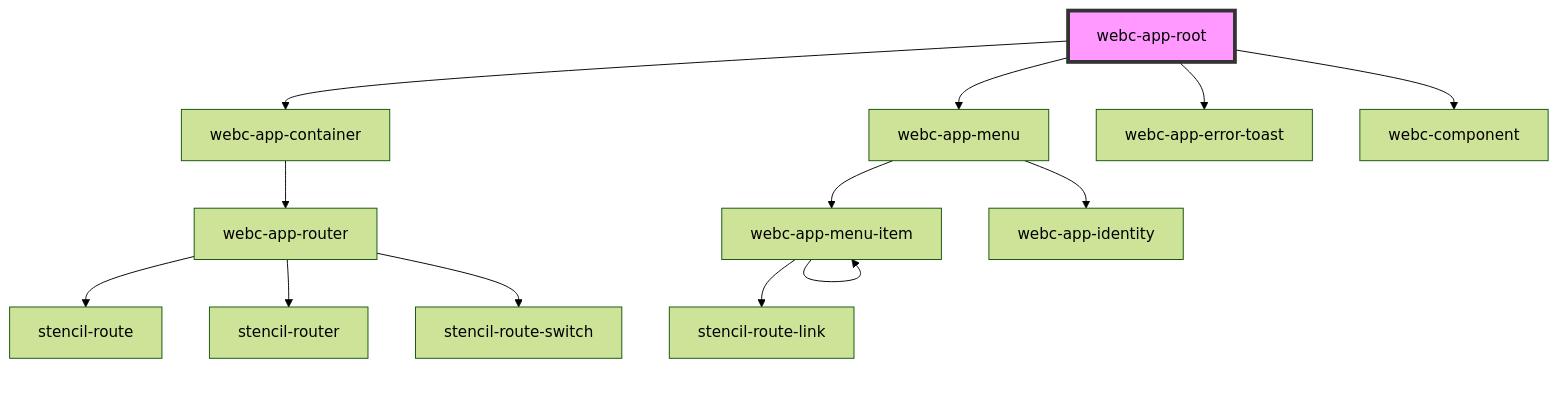
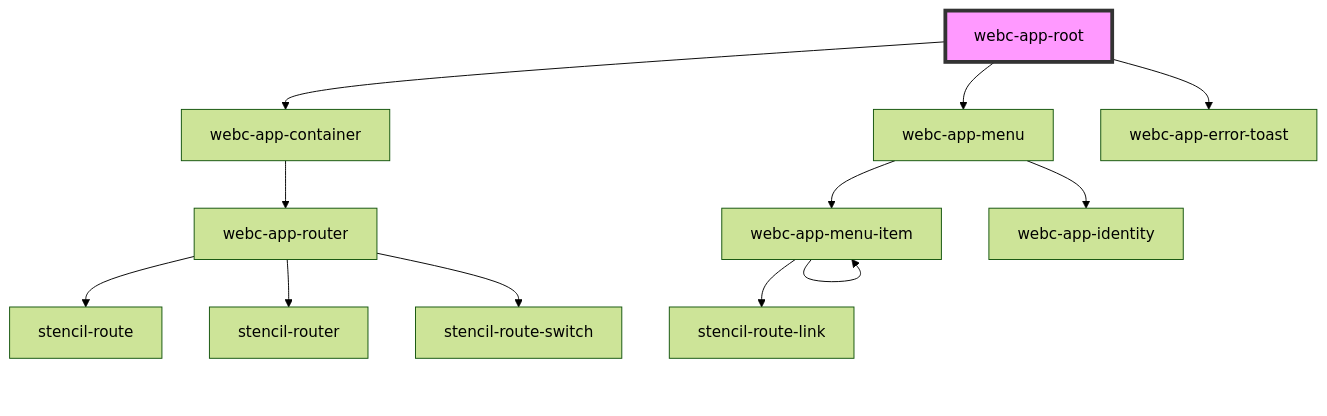
The diagram in docs/readme/components/webc-app/webc-app-root/readme.md (webcardinal/webcardinal-core), drawn with Mermaid (forest theme) before and after one commit. The commit also changed other lines of this file and 12 other files, not shown here.

````diff
--- a/docs/readme/components/webc-app/webc-app-root/readme.md
+++ b/docs/readme/components/webc-app/webc-app-root/readme.md
@@ -35,16 +34,15 @@
 ```mermaid
 graph TD;
   webc-app-root --> webc-app-container
   webc-app-root --> webc-app-menu
   webc-app-root --> webc-app-error-toast
-  webc-app-root --> webc-component
   webc-app-container --> webc-app-router
   webc-app-router --> stencil-route
   webc-app-router --> stencil-router
   webc-app-router --> stencil-route-switch
   webc-app-menu --> webc-app-menu-item
   webc-app-menu --> webc-app-identity
   webc-app-menu-item --> webc-app-menu-item
   webc-app-menu-item --> stencil-route-link
   style webc-app-root fill:#f9f,stroke:#333,stroke-width:4px
 ```
````
